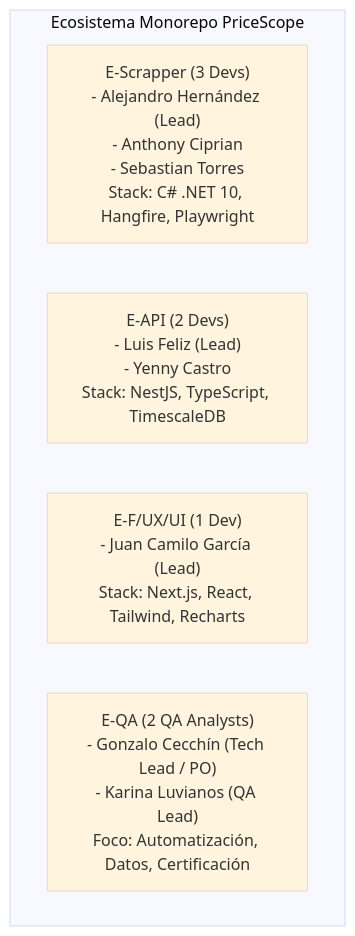
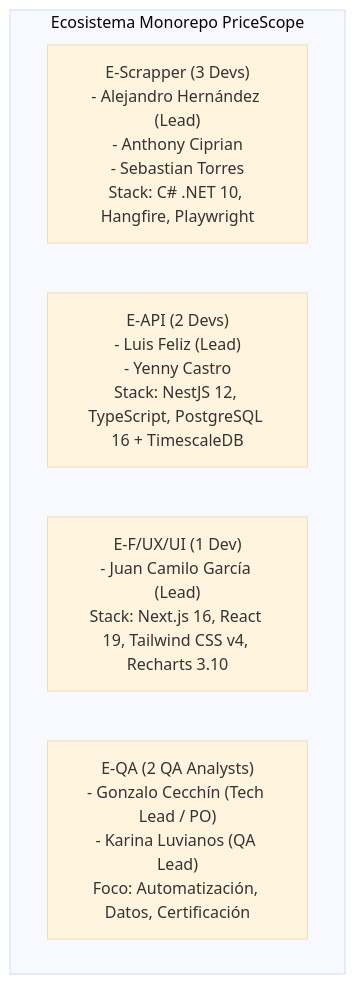
Before and after one commit to No-Country-simulation/S10-26-EQUIPO-2-PriceScope: the second of 2 diagrams in docs/02-planeacion/01-Plan-Operativo-Roadmap.md, drawn with Mermaid (base theme). The commit also changed other lines of this file and 5 other files, not shown here.

````diff
--- a/docs/02-planeacion/01-Plan-Operativo-Roadmap.md
+++ b/docs/02-planeacion/01-Plan-Operativo-Roadmap.md
@@ -73,9 +74,9 @@
 ```mermaid
 flowchart TD
     subgraph Celulas ["Ecosistema Monorepo PriceScope"]
         SCRAP["E-Scrapper (3 Devs)<br/>- Alejandro Hernández (Lead)<br/>- Anthony Ciprian<br/>- Sebastian Torres<br/>Stack: C# .NET 10, Hangfire, Playwright"]
-        API["E-API (2 Devs)<br/>- Luis Feliz (Lead)<br/>- Yenny Castro<br/>Stack: NestJS, TypeScript, TimescaleDB"]
-        FRONT["E-F/UX/UI (1 Dev)<br/>- Juan Camilo García (Lead)<br/>Stack: Next.js, React, Tailwind, Recharts"]
+        API["E-API (2 Devs)<br/>- Luis Feliz (Lead)<br/>- Yenny Castro<br/>Stack: NestJS 12, TypeScript, PostgreSQL 16 + TimescaleDB"]
+        FRONT["E-F/UX/UI (1 Dev)<br/>- Juan Camilo García (Lead)<br/>Stack: Next.js 16, React 19, Tailwind CSS v4, Recharts 3.10"]
         QA["E-QA (2 QA Analysts)<br/>- Gonzalo Cecchín (Tech Lead / PO)<br/>- Karina Luvianos (QA Lead)<br/>Foco: Automatización, Datos, Certificación"]
     end
 ```
````
